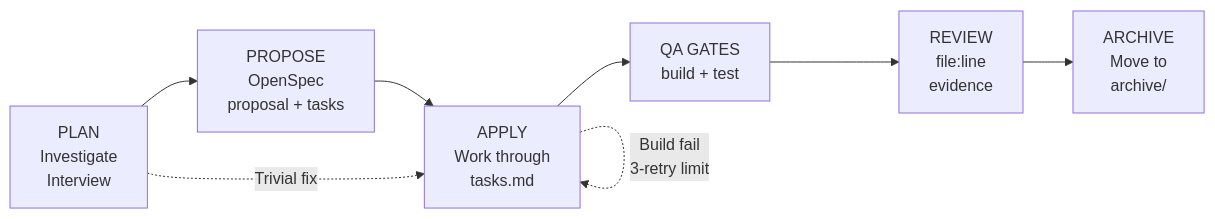
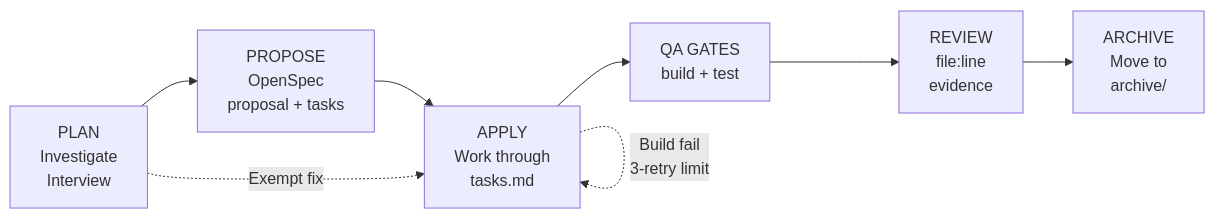
One commit to paullukic/copilot-template changed the first of 2 diagrams in README.md. Above: the diagram before and after it, drawn with Mermaid. The commit also changed other lines of this file and 21 other files, not shown here.

````diff
--- a/README.md
+++ b/README.md
@@ -45,13 +45,13 @@
 ```mermaid
 flowchart LR
     PLAN["PLAN\nInvestigate\nInterview"]
     PROPOSE["PROPOSE\nOpenSpec\nproposal + tasks"]
     APPLY["APPLY\nWork through\ntasks.md"]
     QA["QA GATES\nbuild + test"]
     REVIEW["REVIEW\nfile:line\nevidence"]
     ARCHIVE["ARCHIVE\nMove to\narchive/"]
 
     PLAN --> PROPOSE --> APPLY --> QA --> REVIEW --> ARCHIVE
-    PLAN -. "Trivial fix" .-> APPLY
+    PLAN -. "Exempt fix" .-> APPLY
     APPLY -. "Build fail\n3-retry limit" .-> APPLY
 ```
````
